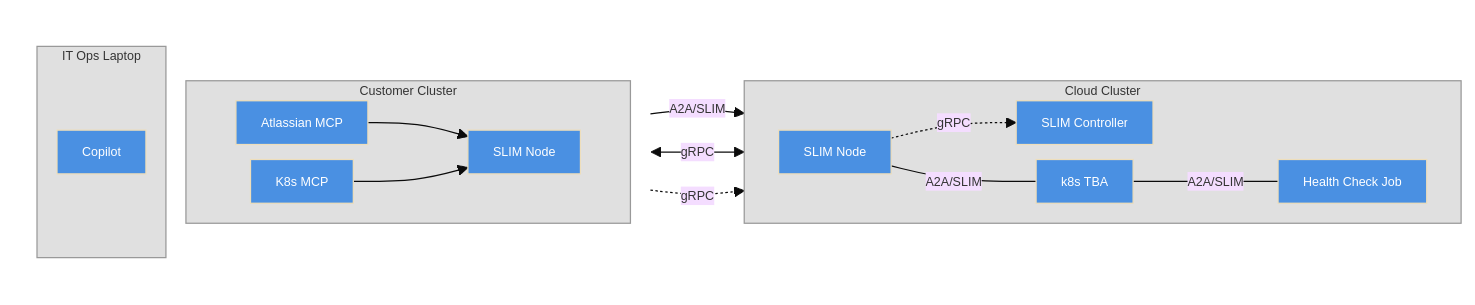
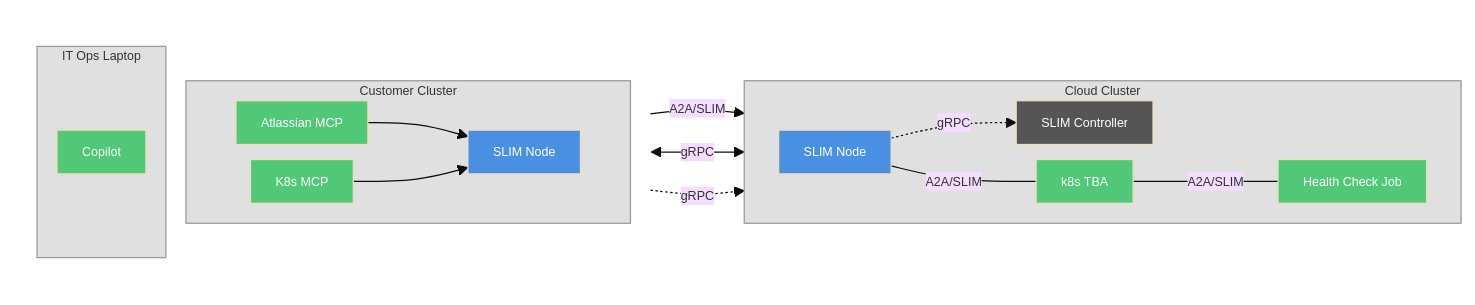
Before and after one commit to agntcy/blogs: the fifth of 6 diagrams in presentations/slim-multicluster-demo/slim-multicluster-demo.md, drawn with Mermaid. The commit also changed other lines of this file, not shown here.

````diff
--- a/presentations/slim-multicluster-demo/slim-multicluster-demo.md
+++ b/presentations/slim-multicluster-demo/slim-multicluster-demo.md
@@ -239,43 +246,43 @@
 ```mermaid
 %%{init: {'theme': 'base', 'themeVariables': {'fontSize': '10px'}, 'flowchart': {'nodeSpacing': 12, 'rankSpacing': 30, 'padding': 10}}}%%
 graph LR
     subgraph Left[" "]
         direction TB
         subgraph Customer[Customer Cluster]
             direction LR
             AMCP[Atlassian MCP] --> CSN[SLIM Node]
             KMCP[K8s MCP] --> CSN
         end
         subgraph Laptop[IT Ops Laptop]
             Copilot[Copilot]
         end
     end
 
     subgraph Cloud[Cloud Cluster]
         direction LR
         SN[SLIM Node]
         SC[SLIM Controller]
         HCJ[Health Check Job]
         K8S[k8s TBA]
         SN -. "gRPC" .-> SC
         SN ---|A2A/SLIM| K8S
         K8S ---|A2A/SLIM| HCJ
     end
 
     Copilot -- "A2A/SLIM" --> SN
     CSN <-- "gRPC" --> SN
     CSN -. "gRPC" .-> SC
 
     style Left fill:none,stroke:none
     style Customer fill:#e0e0e0,stroke:#999,color:#333
     style Cloud fill:#e0e0e0,stroke:#999,color:#333
     style Laptop fill:#e0e0e0,stroke:#999,color:#333
-    style SC fill:#4A90E2,color:#fff
+    style SC fill:#555,color:#fff
     style SN fill:#4A90E2,color:#fff
     style CSN fill:#4A90E2,color:#fff
-    style AMCP fill:#4A90E2,color:#fff
-    style KMCP fill:#4A90E2,color:#fff
-    style K8S fill:#4A90E2,color:#fff
-    style HCJ fill:#4A90E2,color:#fff
-    style Copilot fill:#4A90E2,color:#fff
+    style AMCP fill:#50C878,color:#fff
+    style KMCP fill:#50C878,color:#fff
+    style K8S fill:#50C878,color:#fff
+    style HCJ fill:#50C878,color:#fff
+    style Copilot fill:#50C878,color:#fff
 ```
````
